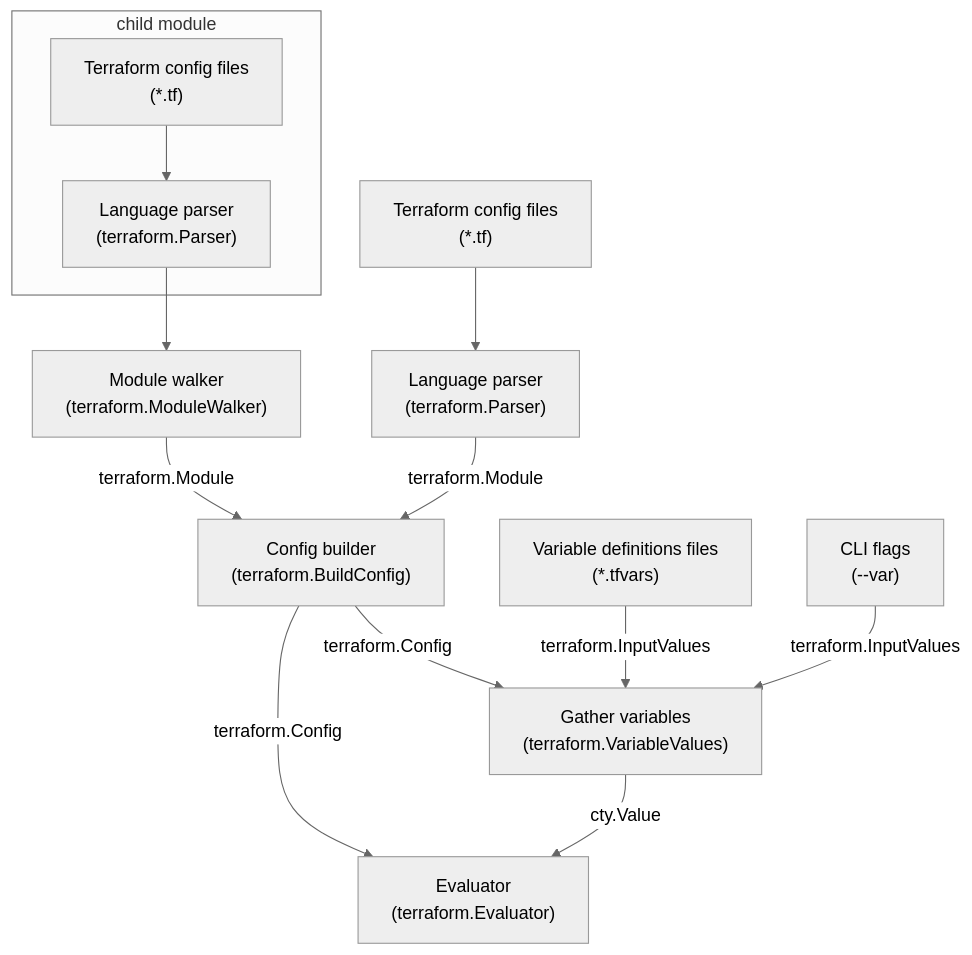
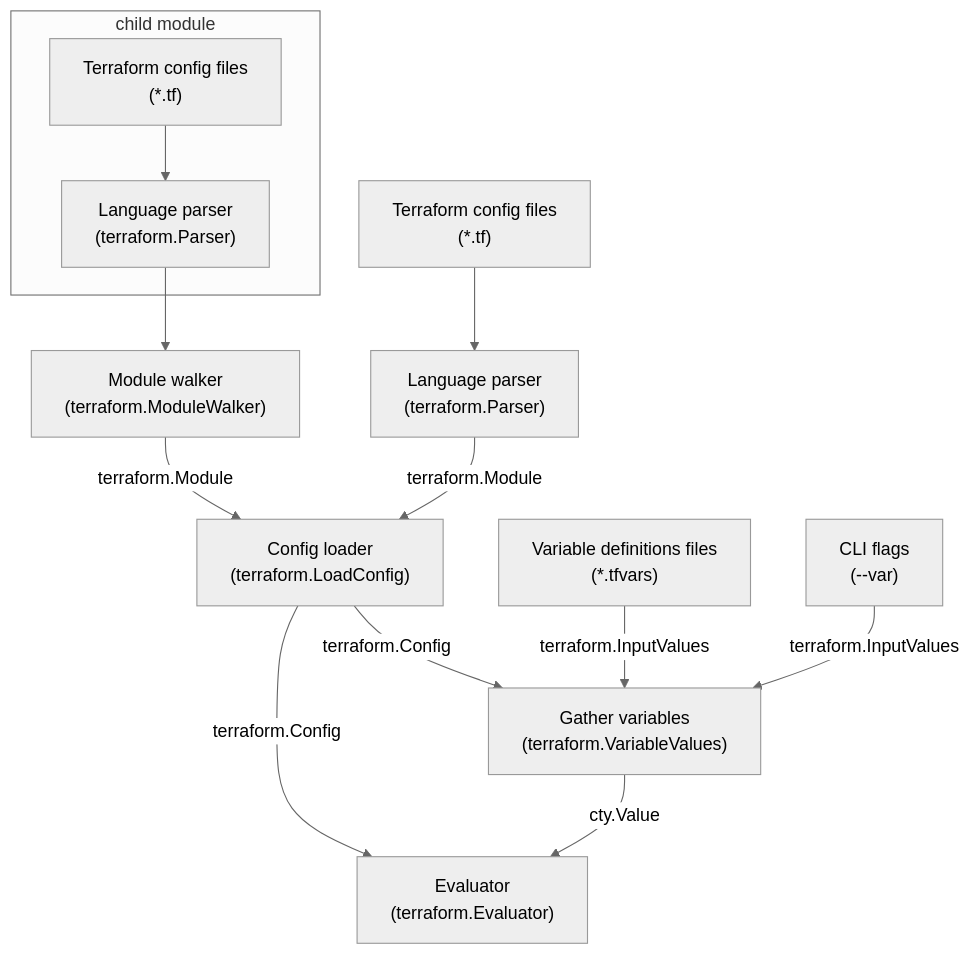
The third of 3 diagrams in docs/developer-guide/architecture.md (terraform-linters/tflint), drawn with Mermaid (neutral theme) before and after one commit. The commit also changed other lines of this file and 59 other files, not shown here.

Commit message:
Move loader to under the terraform package

````diff
--- a/docs/developer-guide/architecture.md
+++ b/docs/developer-guide/architecture.md
@@ -138,15 +138,15 @@
 ```mermaid
 flowchart TB
   files["Terraform config files<br/>(*.tf)"]-->parser["Language parser<br/>(terraform.Parser)"]
   subgraph child module
     modFiles["Terraform config files<br/>(*.tf)"]-->modParser["Language parser<br/>(terraform.Parser)"]
   end
   modParser-->modWalker["Module walker<br/>(terraform.ModuleWalker)"]  
-  parser-- terraform.Module -->builder["Config builder<br/>(terraform.BuildConfig)"]
-  modWalker-- terraform.Module -->builder
-  builder-- terraform.Config -->gatherVars["Gather variables<br/>(terraform.VariableValues)"]
+  parser-- terraform.Module -->loader["Config loader<br/>(terraform.LoadConfig)"]
+  modWalker-- terraform.Module -->loader
+  loader-- terraform.Config -->gatherVars["Gather variables<br/>(terraform.VariableValues)"]
   valuesFile["Variable definitions files<br/>(*.tfvars)"]-- terraform.InputValues -->gatherVars
   cliFlag["CLI flags<br/>(--var)"]-- terraform.InputValues -->gatherVars
   gatherVars-- cty.Value -->evaluator["Evaluator<br/>(terraform.Evaluator)"]
-  builder-- terraform.Config -->evaluator
+  loader-- terraform.Config -->evaluator
 ```
````
